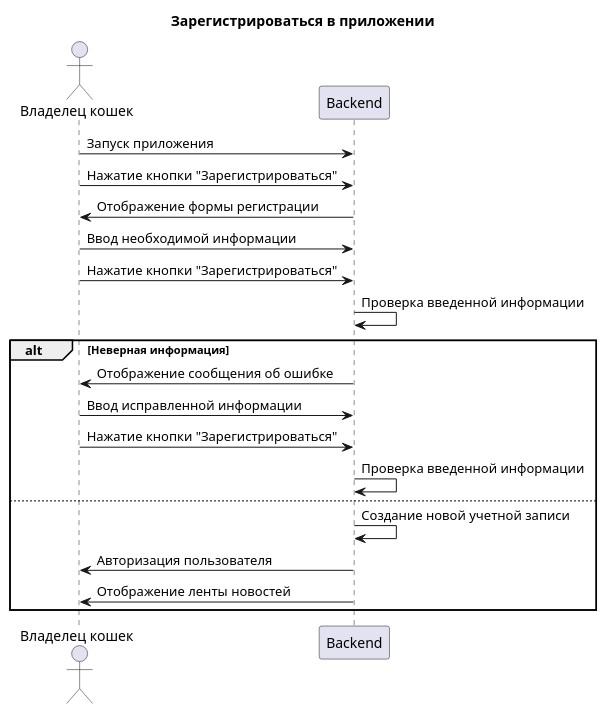
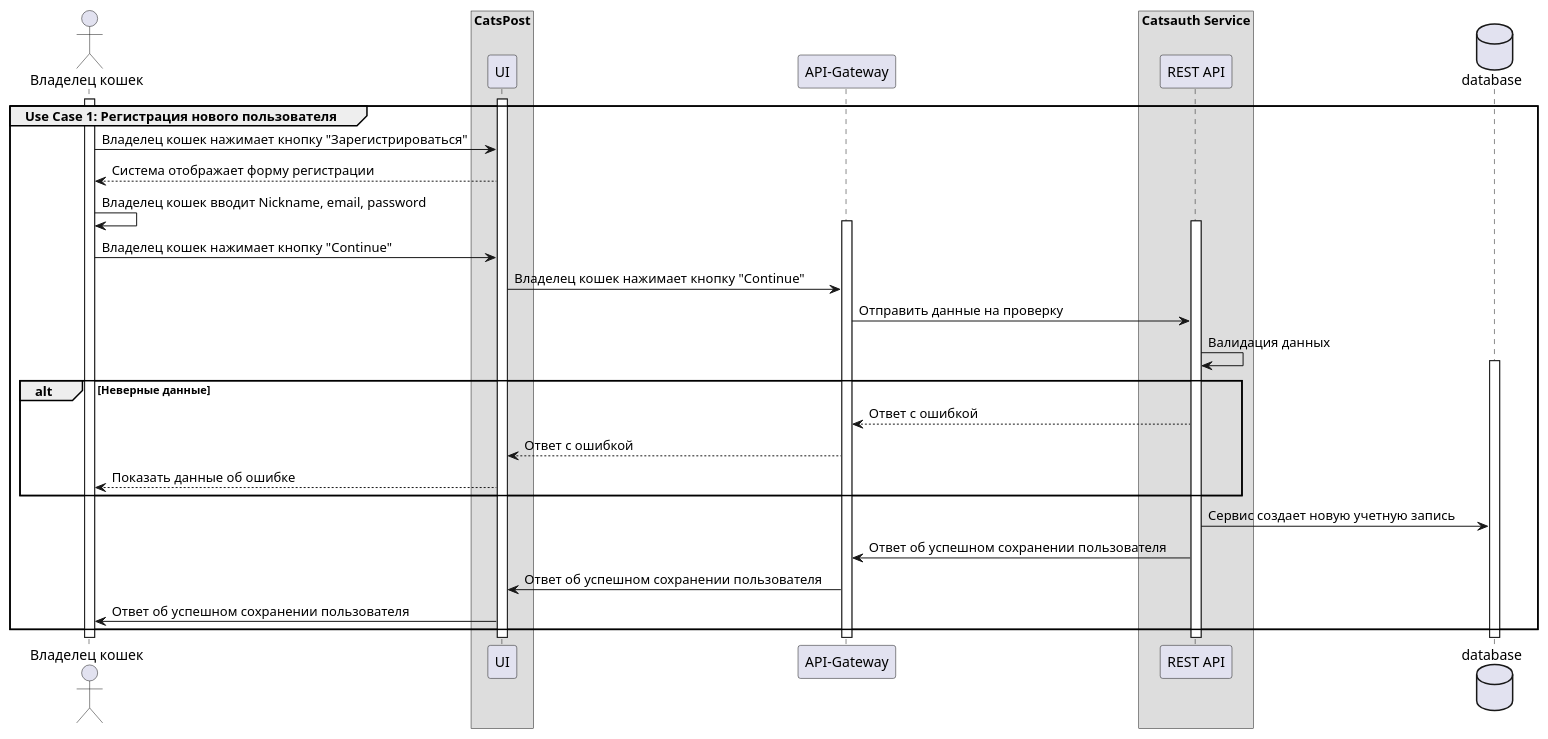
One commit to nikitcat/requirements.github.io changed the diagram in src/docs/asciidoc/uml/seq_diaqrams/sign.puml. Above: the diagram before and after it, drawn with PlantUML. The commit also changed 2 other files, not shown here.

```diff
--- a/src/docs/asciidoc/uml/seq_diaqrams/sign.puml
+++ b/src/docs/asciidoc/uml/seq_diaqrams/sign.puml
@@ -1,24 +1,37 @@
 @startuml
-title Зарегистрироваться в приложении
+actor "Владелец кошек" as User
+box "CatsPost"
+    participant "UI" as UI
+end box
+participant "API-Gateway" as Gateway
+box "Catsauth Service"
+participant "REST API" as REST
+end box
+database "database" as db
 
-actor "Владелец кошек" as guest
-participant "Backend" as Backend
 
-guest -> Backend: Запуск приложения
-guest -> Backend: Нажатие кнопки "Зарегистрироваться"
-Backend -> guest: Отображение формы регистрации
-guest -> Backend: Ввод необходимой информации
-guest -> Backend: Нажатие кнопки "Зарегистрироваться"
-Backend -> Backend: Проверка введенной информации
 
-alt Неверная информация
-  Backend-> guest: Отображение сообщения об ошибке
-  guest -> Backend: Ввод исправленной информации
-  guest -> Backend: Нажатие кнопки "Зарегистрироваться"
-  Backend -> Backend: Проверка введенной информации
-else
-  Backend -> Backend: Создание новой учетной записи
-  Backend -> guest: Авторизация пользователя
-  Backend -> guest: Отображение ленты новостей
+group Use Case 1: Регистрация нового пользователя
+activate User
+activate UI
+User -> UI: Владелец кошек нажимает кнопку "Зарегистрироваться"
+User <-- UI: Система отображает форму регистрации
+User -> User: Владелец кошек вводит Nickname, email, password
+activate Gateway
+activate REST
+User -> UI: Владелец кошек нажимает кнопку "Continue"
+UI -> Gateway: Владелец кошек нажимает кнопку "Continue"
+Gateway -> REST: Отправить данные на проверку
+REST -> REST: Валидация данных
+activate db
+alt Неверные данные
+REST --> Gateway: Ответ с ошибкой
+Gateway --> UI: Ответ с ошибкой
+UI --> User: Показать данные об ошибке
 end
+REST -> db: Сервис создает новую учетную запись
+REST -> Gateway: Ответ об успешном сохранении пользователя
+Gateway -> UI: Ответ об успешном сохранении пользователя
+UI -> User: Ответ об успешном сохранении пользователя
+end group
 @enduml
```
